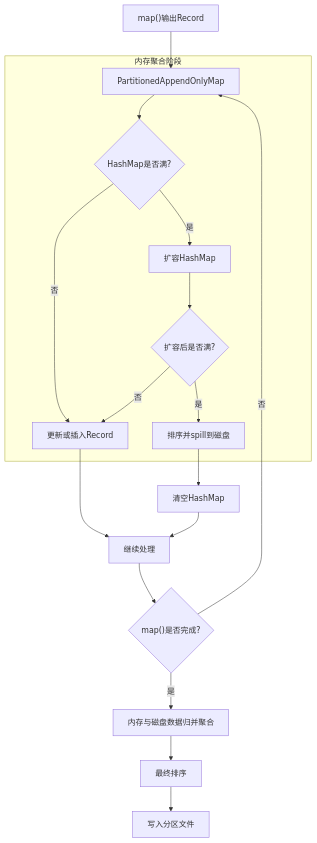
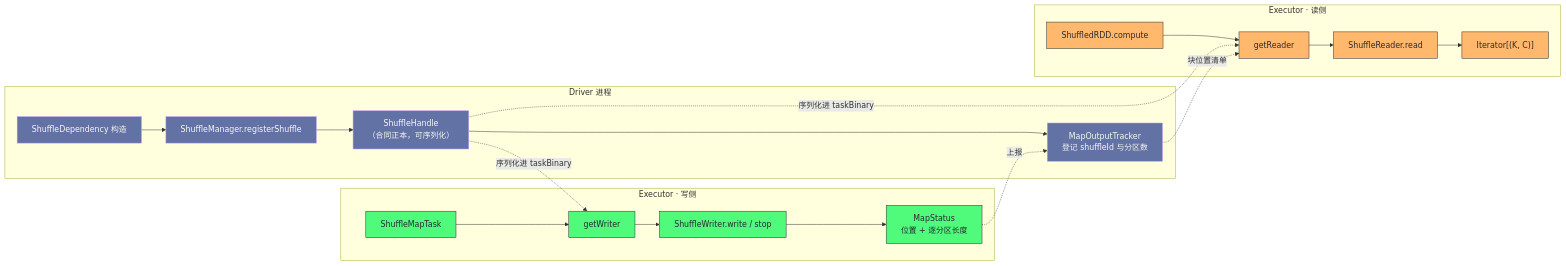
The first of 5 diagrams in content/大数据/Spark/读书笔记-spark内核/05_Shuffle核心机制/2. Spark_Shuffle框架设计与实现.md (hpliStartAgain/my-brain), drawn with Mermaid before and after one commit. The commit also changed other lines of this file and 259 other files, not shown here.

````diff
--- a/content/大数据/Spark/读书笔记-spark内核/05_Shuffle核心机制/2. Spark_Shuffle框架设计与实现.md
+++ b/content/大数据/Spark/读书笔记-spark内核/05_Shuffle核心机制/2. Spark_Shuffle框架设计与实现.md
@@ -134,23 +89,29 @@
 ```mermaid
-flowchart TD
-    A["map()输出Record"] --> B["PartitionedAppendOnlyMap"]
-    
-    subgraph "内存聚合阶段"
-        B --> C{"HashMap是否满?"}
-        C -->|"否"| D["更新或插入Record"]
-        C -->|"是"| E["扩容HashMap"]
-        E --> F{"扩容后是否满?"}
-        F -->|"是"| G["排序并spill到磁盘"]
-        F -->|"否"| D
+%%{init: {'theme': 'dracula'}}%%
+flowchart LR
+    subgraph D["Driver 进程"]
+        A["ShuffleDependency 构造"] --> B["ShuffleManager.registerShuffle"]
+        B --> C["ShuffleHandle<br/>（合同正本，可序列化）"]
+        C --> D1["MapOutputTracker<br/>登记 shuffleId 与分区数"]
     end
-    
-    D --> H["继续处理"]
-    G --> I["清空HashMap"]
-    I --> H
-    
-    H --> J{"map()是否完成?"}
-    J -->|"否"| B
-    J -->|"是"| K["内存与磁盘数据归并聚合"]
-    K --> L["最终排序"]
-    L --> M["写入分区文件"]
+    subgraph W["Executor · 写侧"]
+        E["ShuffleMapTask"] --> F["getWriter"]
+        F --> G["ShuffleWriter.write / stop"]
+        G --> H["MapStatus<br/>位置 + 逐分区长度"]
+    end
+    subgraph R["Executor · 读侧"]
+        I["ShuffledRDD.compute"] --> J["getReader"]
+        J --> K["ShuffleReader.read"]
+        K --> L["Iterator[(K, C)]"]
+    end
+    C -. "序列化进 taskBinary" .-> F
+    C -. "序列化进 taskBinary" .-> J
+    H -. "上报" .-> D1
+    D1 -. "块位置清单" .-> J
+    classDef drv fill:#6272a4,stroke:#bd93f9,color:#f8f8f2
+    classDef wr fill:#50fa7b,stroke:#282a36,color:#282a36
+    classDef rd fill:#ffb86c,stroke:#282a36,color:#282a36
+    class A,B,C,D1 drv
+    class E,F,G,H wr
+    class I,J,K,L rd
 ```
````
